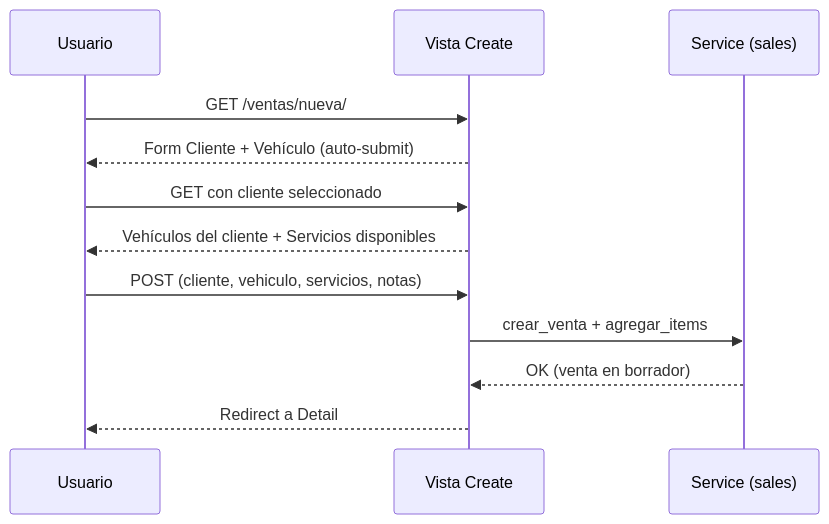
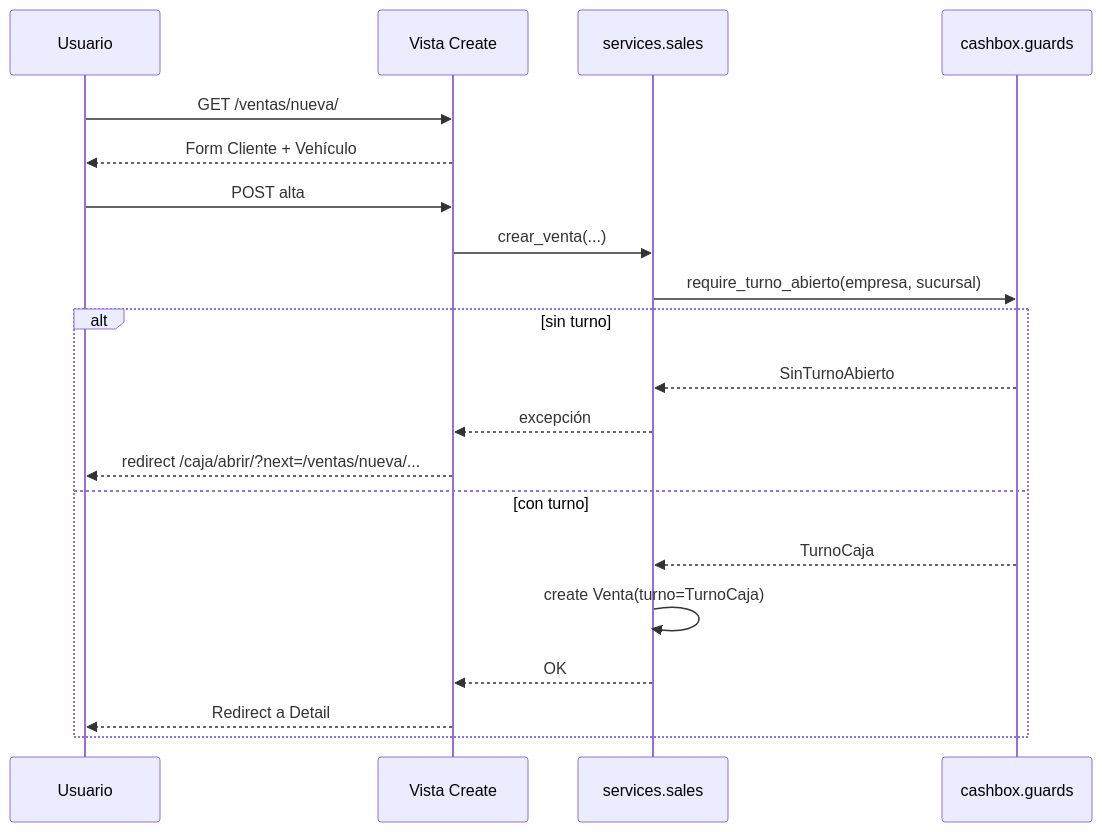
Before and after one commit to IgnacioVelazquez92/LavaderApp: diagram 29 of 35 in README.md, drawn with Mermaid. The commit also changed other lines of this file and 39 other files, not shown here.

````diff
--- a/README.md
+++ b/README.md
@@ -2617,14 +2546,23 @@
 ```mermaid
 sequenceDiagram
     participant U as Usuario
     participant V as Vista Create
-    participant S as Service (sales)
+    participant S as services.sales
+    participant C as cashbox.guards
+
     U->>V: GET /ventas/nueva/
-    V-->>U: Form Cliente + Vehículo (auto-submit)
-    U->>V: GET con cliente seleccionado
-    V-->>U: Vehículos del cliente + Servicios disponibles
-    U->>V: POST (cliente, vehiculo, servicios, notas)
-    V->>S: crear_venta + agregar_items
-    S-->>V: OK (venta en borrador)
-    V-->>U: Redirect a Detail
+    V-->>U: Form Cliente + Vehículo
+    U->>V: POST alta
+    V->>S: crear_venta(...)
+    S->>C: require_turno_abierto(empresa, sucursal)
+    alt sin turno
+      C-->>S: SinTurnoAbierto
+      S-->>V: excepción
+      V-->>U: redirect /caja/abrir/?next=/ventas/nueva/...
+    else con turno
+      C-->>S: TurnoCaja
+      S->>S: create Venta(turno=TurnoCaja)
+      S-->>V: OK
+      V-->>U: Redirect a Detail
+    end
 ```
````
